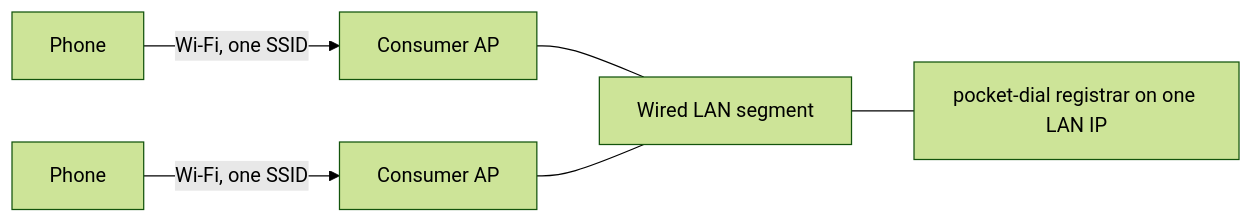
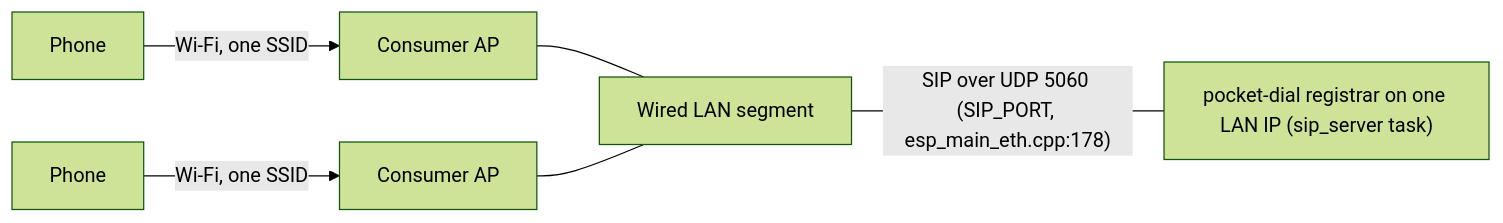
One commit to GlomarGadaffi/pocket-dial changed the first of 2 diagrams in docs/SOFTAP_SCALE.md. Above: the diagram before and after it, drawn with Mermaid (forest theme). The commit also changed other lines of this file and 29 other files, not shown here.

First line of the commit message:
docs: make the Mermaid diagrams exact against main (#1105)

````diff
--- a/docs/SOFTAP_SCALE.md
+++ b/docs/SOFTAP_SCALE.md
@@ -144,8 +144,8 @@
 ```mermaid
 flowchart LR
-    P1[Phone] -- "Wi-Fi, one SSID" --> AP1[Consumer AP]
-    P2[Phone] -- "Wi-Fi, one SSID" --> AP2[Consumer AP]
-    AP1 --- LAN[Wired LAN segment]
+    P1["Phone"] -- "Wi-Fi, one SSID" --> AP1["Consumer AP"]
+    P2["Phone"] -- "Wi-Fi, one SSID" --> AP2["Consumer AP"]
+    AP1 --- LAN["Wired LAN segment"]
     AP2 --- LAN
-    LAN --- PD[pocket-dial registrar on one LAN IP]
+    LAN -- "SIP over UDP 5060 (SIP_PORT, esp_main_eth.cpp:178)" --- PD["pocket-dial registrar on one LAN IP (sip_server task)"]
 ```
````
